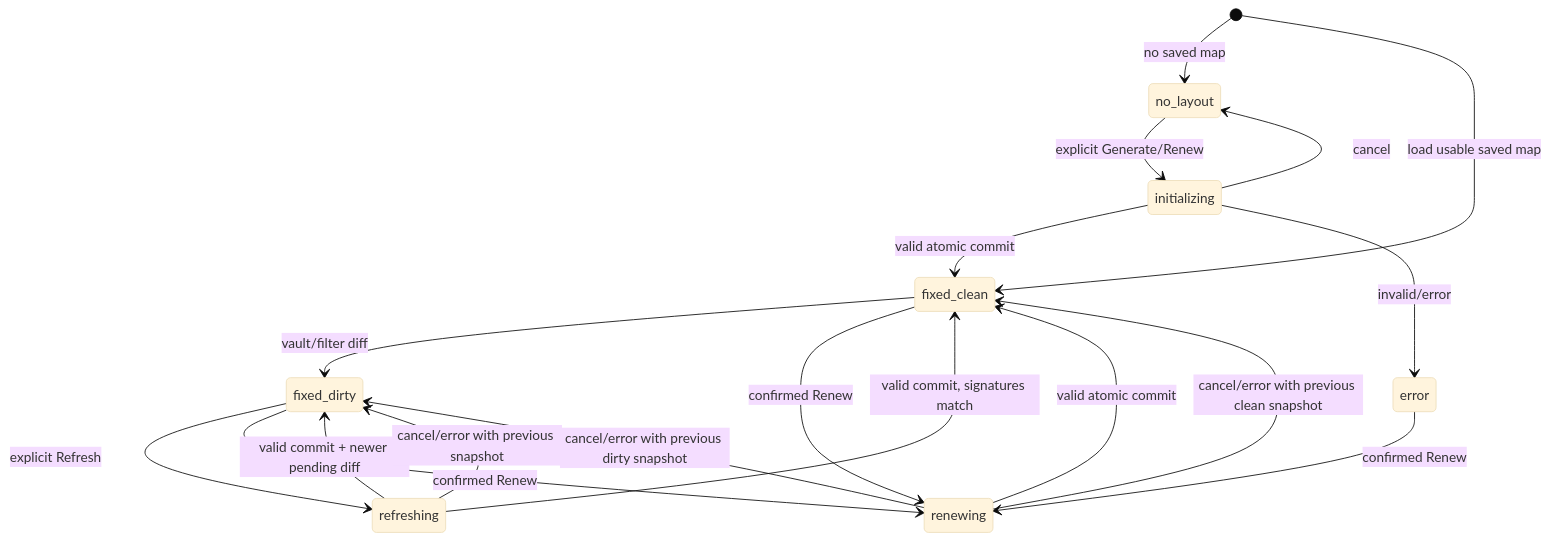
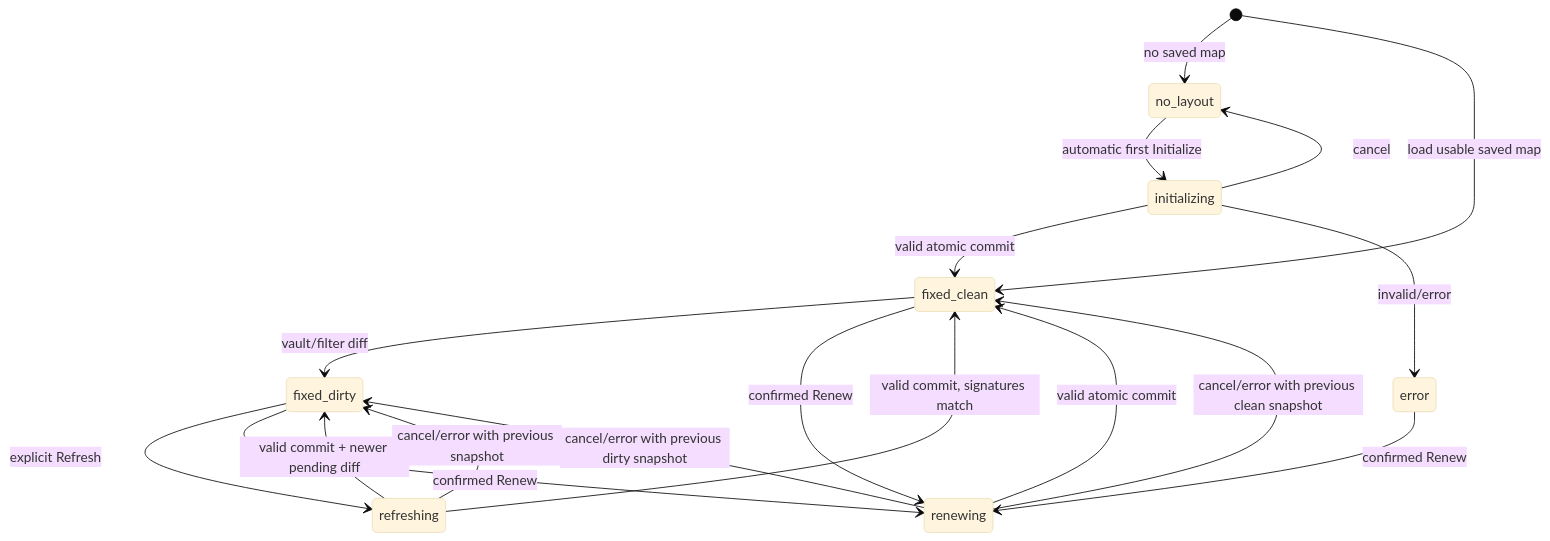
One commit to Pavel-mik/obsidian-spherical-graph changed the second of 2 diagrams in ARCHITECTURE.md. Above: the diagram before and after it, drawn with Mermaid (base theme). The commit also changed other lines of this file and 17 other files, not shown here.

Commit message:
Release 1.8.1 with automatic first map

````diff
--- a/ARCHITECTURE.md
+++ b/ARCHITECTURE.md
@@ -79,20 +80,20 @@
 ```mermaid
 stateDiagram-v2
     [*] --> no_layout: no saved map
     [*] --> fixed_clean: load usable saved map
-    no_layout --> initializing: explicit Generate/Renew
+    no_layout --> initializing: automatic first Initialize
     initializing --> fixed_clean: valid atomic commit
     initializing --> no_layout: cancel
     initializing --> error: invalid/error
     fixed_clean --> fixed_dirty: vault/filter diff
     fixed_dirty --> refreshing: explicit Refresh
     refreshing --> fixed_clean: valid commit, signatures match
     refreshing --> fixed_dirty: valid commit + newer pending diff
     refreshing --> fixed_dirty: cancel/error with previous snapshot
     fixed_clean --> renewing: confirmed Renew
     fixed_dirty --> renewing: confirmed Renew
     error --> renewing: confirmed Renew
     renewing --> fixed_clean: valid atomic commit
     renewing --> fixed_clean: cancel/error with previous clean snapshot
     renewing --> fixed_dirty: cancel/error with previous dirty snapshot
 ```
````
